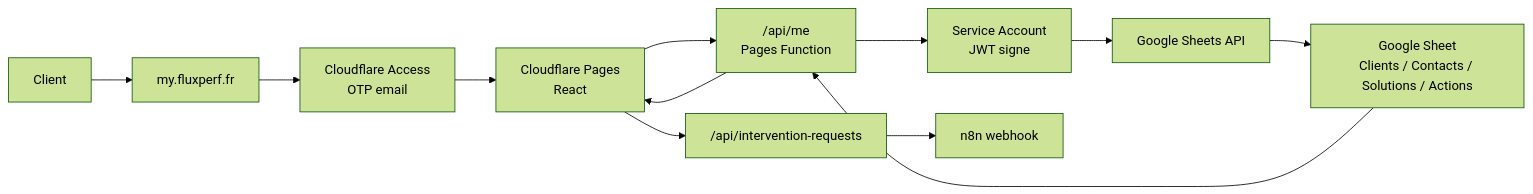
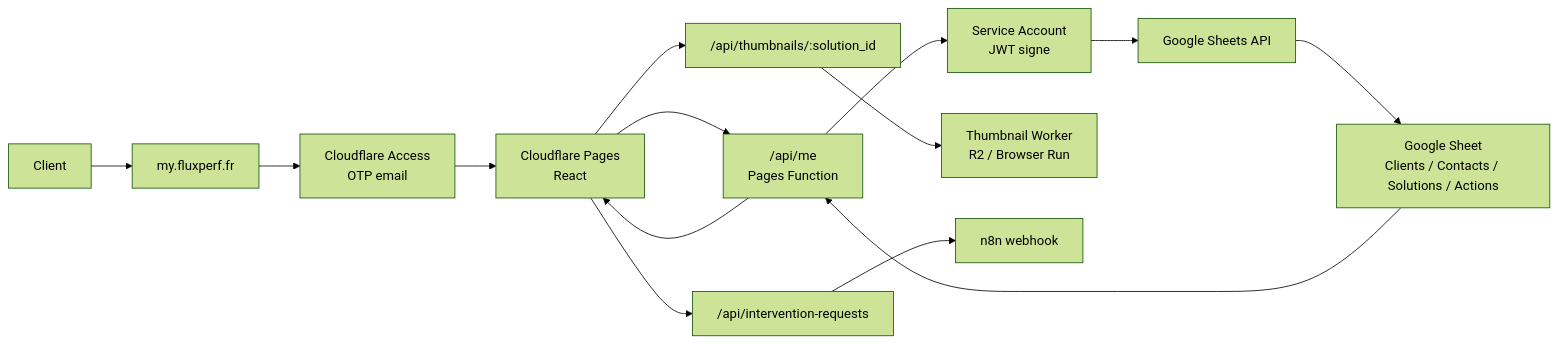
Before and after one commit to EXEDIGIT/my.fluxperf.fr: the diagram in docs/architecture-my-fluxperf.md, drawn with Mermaid (forest theme). The commit also changed other lines of this file and 45 other files, not shown here.

````diff
--- a/docs/architecture-my-fluxperf.md
+++ b/docs/architecture-my-fluxperf.md
@@ -50,14 +53,16 @@
 ```mermaid
 flowchart LR
   U["Client"] --> D["my.fluxperf.fr"]
   D --> A["Cloudflare Access<br/>OTP email"]
   A --> P["Cloudflare Pages<br/>React"]
   P --> API["/api/me<br/>Pages Function"]
   API --> SA["Service Account<br/>JWT signe"]
   SA --> GS["Google Sheets API"]
   GS --> DB["Google Sheet<br/>Clients / Contacts / Solutions / Actions"]
   DB --> API
   API --> P
+  P --> THAPI["/api/thumbnails/:solution_id"]
+  THAPI --> TH["Thumbnail Worker<br/>R2 / Browser Run"]
   P --> REQ["/api/intervention-requests"]
   REQ --> N8N["n8n webhook"]
 ```
````
